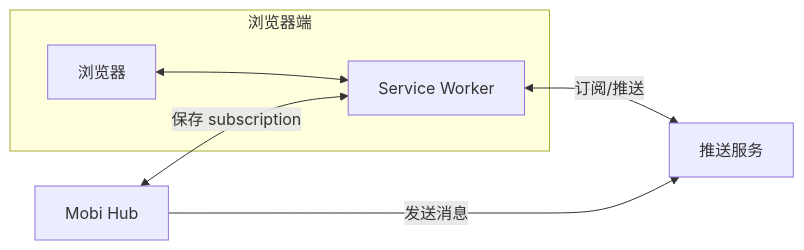
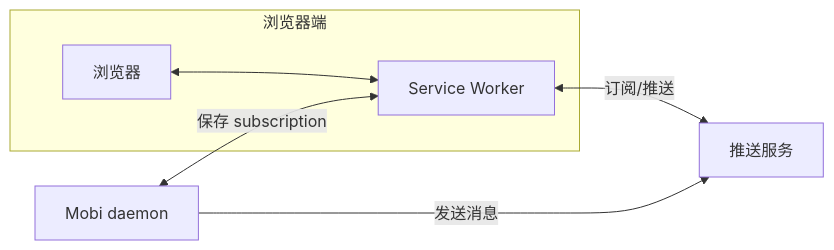
The first of 8 diagrams in docs/architecture/daemon/push/README.md (ModuBit/mobi), drawn with Mermaid before and after one commit. The commit also changed other lines of this file and 86 other files, not shown here.

````diff
--- a/docs/architecture/daemon/push/README.md
+++ b/docs/architecture/daemon/push/README.md
@@ -11,10 +11,10 @@
 ```mermaid
 flowchart LR
     subgraph 浏览器端
         Browser[浏览器] <--> Service[Service Worker]
     end
 
     Service <-->|订阅/推送| PushService[推送服务]
-    Hub[Mobi Hub] -->|发送消息| PushService
-    Hub <-->|保存 subscription| Service
+    daemon[Mobi daemon] -->|发送消息| PushService
+    daemon <-->|保存 subscription| Service
 ```
````
